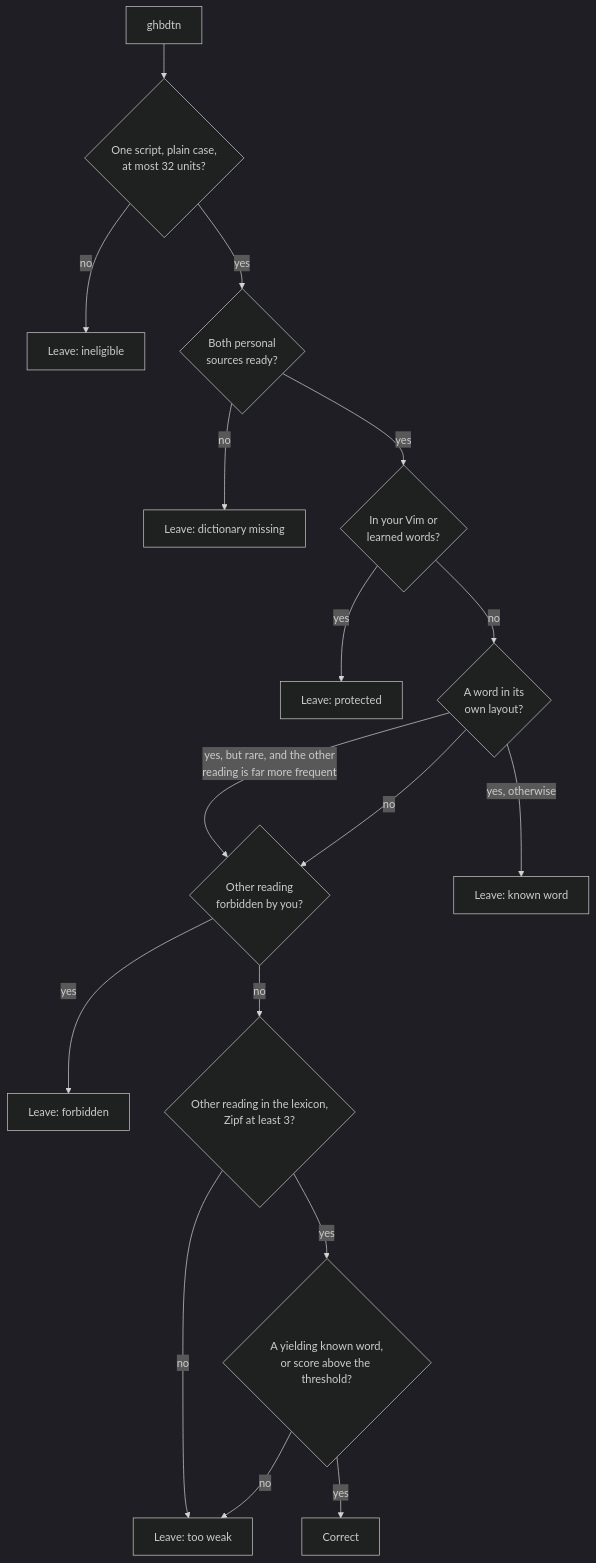
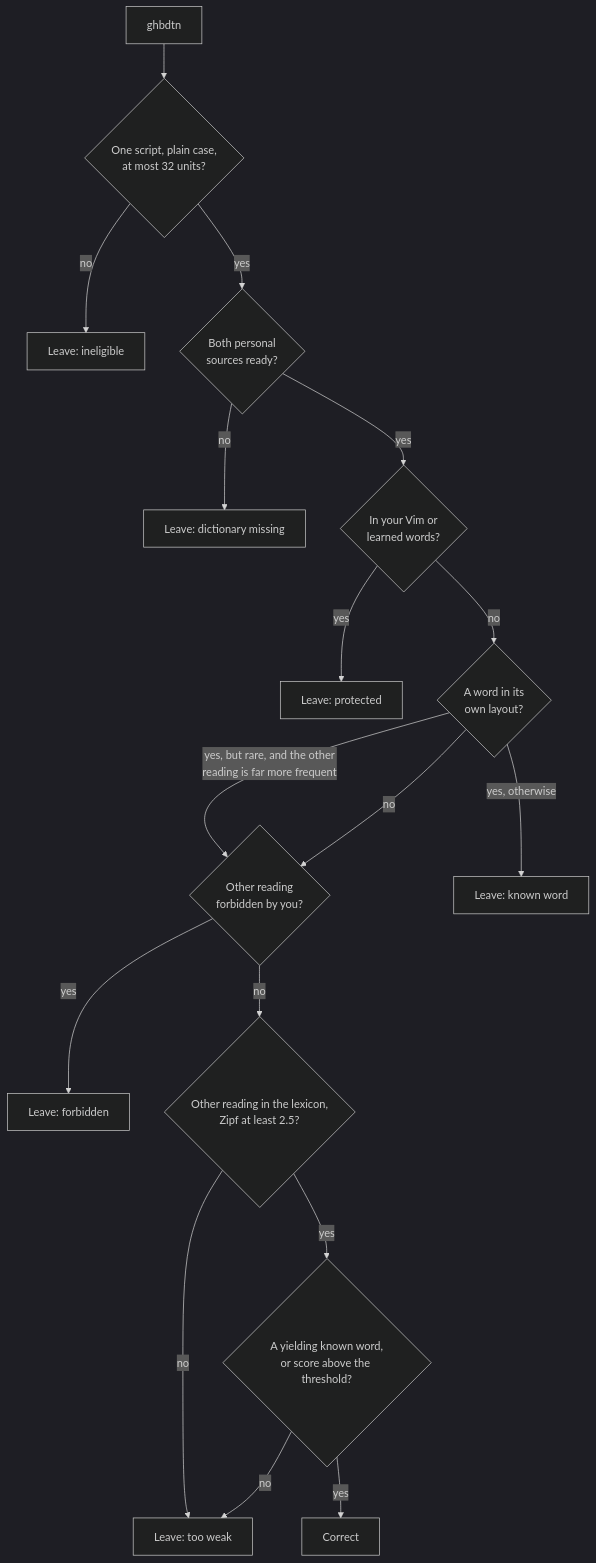
Before and after one commit to megabyde/keyrill: the third of 5 diagrams in docs/how-it-works.md, drawn with Mermaid (dark theme). The commit also changed other lines of this file and 6 other files, not shown here.

````diff
--- a/docs/how-it-works.md
+++ b/docs/how-it-works.md
@@ -116,19 +116,19 @@
 ```mermaid
 flowchart TD
     W["ghbdtn"] --> E{"One script, plain case,<br/>at most 32 units?"}
     E -->|no| A1[Leave: ineligible]
     E -->|yes| D{"Both personal<br/>sources ready?"}
     D -->|no| A6[Leave: dictionary missing]
     D -->|yes| P{"In your Vim or<br/>learned words?"}
     P -->|yes| A2[Leave: protected]
     P -->|no| K{"A word in its<br/>own layout?"}
     K -->|"yes, but rare, and the other<br/>reading is far more frequent"| F
     K -->|"yes, otherwise"| A3[Leave: known word]
     K -->|no| F{"Other reading<br/>forbidden by you?"}
     F -->|yes| A4[Leave: forbidden]
-    F -->|no| Z{"Other reading in the lexicon,<br/>Zipf at least 3?"}
+    F -->|no| Z{"Other reading in the lexicon,<br/>Zipf at least 2.5?"}
     Z -->|no| A5[Leave: too weak]
     Z -->|yes| S{"A yielding known word,<br/>or score above the threshold?"}
     S -->|no| A5
     S -->|yes| C[Correct]
 ```
````
